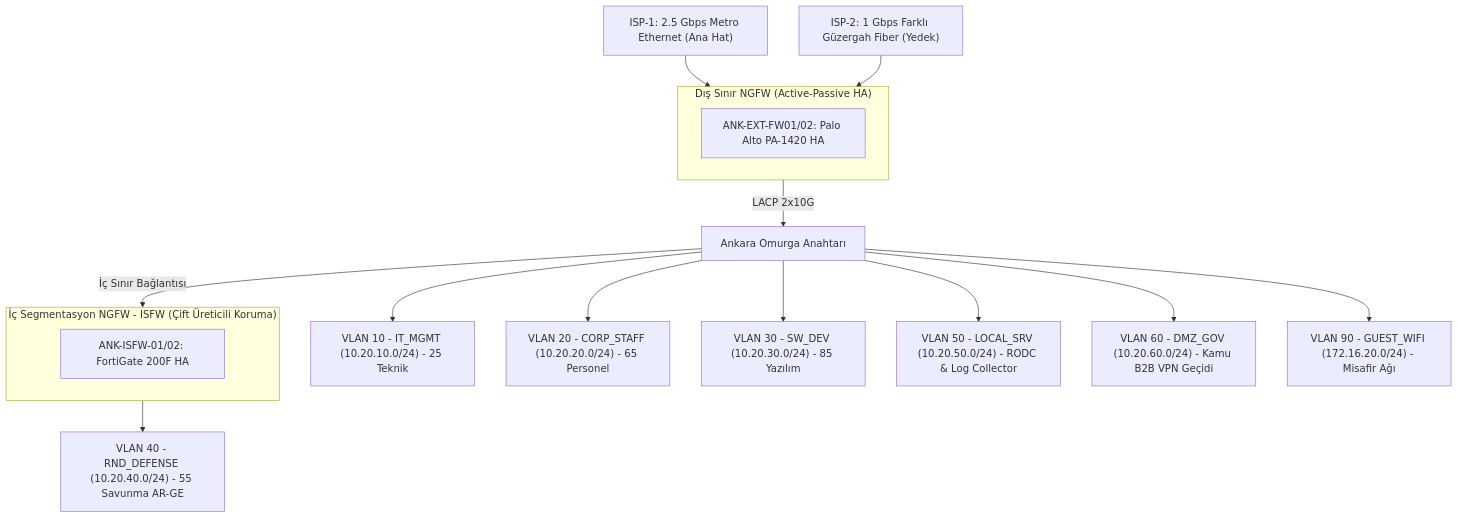
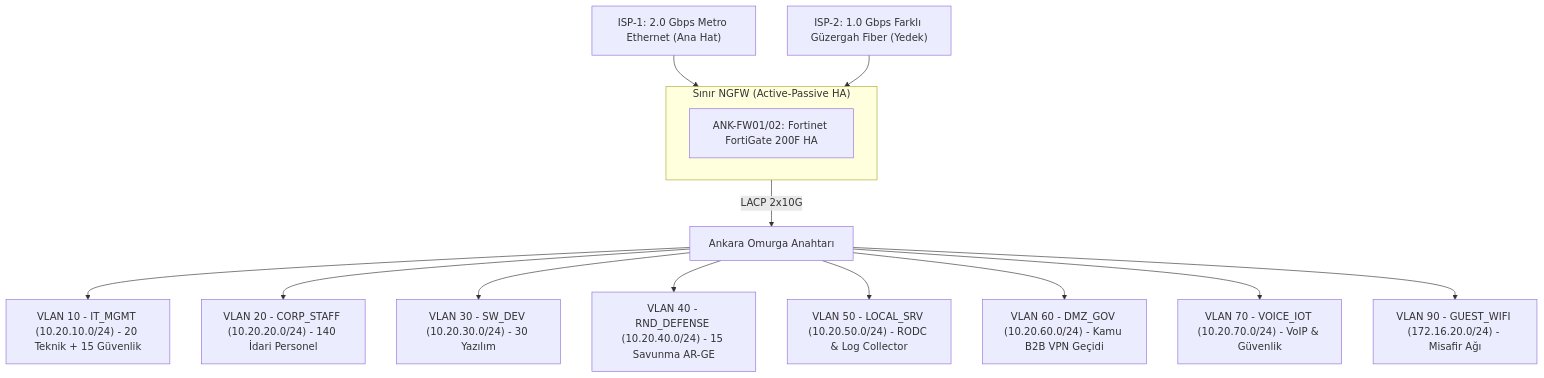
Before and after one commit to kkaanozturk/firewall-dev: the diagram in 01-ankara-ofisi/README.md, drawn with Mermaid. The commit also changed other lines of this file and 4 other files, not shown here.

````diff
--- a/01-ankara-ofisi/README.md
+++ b/01-ankara-ofisi/README.md
@@ -30,26 +29,20 @@
 ```mermaid
 flowchart TB
-    ISP1["ISP-1: 2.5 Gbps Metro Ethernet (Ana Hat)"] --> EXT_FW
-    ISP2["ISP-2: 1 Gbps Farklı Güzergah Fiber (Yedek)"] --> EXT_FW
+    ISP1["ISP-1: 2.0 Gbps Metro Ethernet (Ana Hat)"] --> EXT_FW
+    ISP2["ISP-2: 1.0 Gbps Farklı Güzergah Fiber (Yedek)"] --> EXT_FW
 
-    subgraph EXT_FW["Dış Sınır NGFW (Active-Passive HA)"]
-        PA_ANK["ANK-EXT-FW01/02: Palo Alto PA-1420 HA"]
+    subgraph EXT_FW["Sınır NGFW (Active-Passive HA)"]
+        FG_ANK["ANK-FW01/02: Fortinet FortiGate 200F HA"]
     end
 
     EXT_FW -->|"LACP 2x10G"| CORE_ANK["Ankara Omurga Anahtarı"]
 
-    CORE_ANK --> V10["VLAN 10 - IT_MGMT (10.20.10.0/24) - 25 Teknik"]
-    CORE_ANK --> V20["VLAN 20 - CORP_STAFF (10.20.20.0/24) - 65 Personel"]
-    CORE_ANK --> V30["VLAN 30 - SW_DEV (10.20.30.0/24) - 85 Yazılım"]
+    CORE_ANK --> V10["VLAN 10 - IT_MGMT (10.20.10.0/24) - 20 Teknik + 15 Güvenlik"]
+    CORE_ANK --> V20["VLAN 20 - CORP_STAFF (10.20.20.0/24) - 140 İdari Personel"]
+    CORE_ANK --> V30["VLAN 30 - SW_DEV (10.20.30.0/24) - 30 Yazılım"]
+    CORE_ANK --> V40["VLAN 40 - RND_DEFENSE (10.20.40.0/24) - 15 Savunma AR-GE"]
     CORE_ANK --> V50["VLAN 50 - LOCAL_SRV (10.20.50.0/24) - RODC & Log Collector"]
     CORE_ANK --> V60["VLAN 60 - DMZ_GOV (10.20.60.0/24) - Kamu B2B VPN Geçidi"]
+    CORE_ANK --> V70["VLAN 70 - VOICE_IOT (10.20.70.0/24) - VoIP & Güvenlik"]
     CORE_ANK --> V90["VLAN 90 - GUEST_WIFI (172.16.20.0/24) - Misafir Ağı"]
-
-    CORE_ANK -->|"İç Sınır Bağlantısı"| ISFW
-
-    subgraph ISFW["İç Segmentasyon NGFW - ISFW (Çift Üreticili Koruma)"]
-        FG_ANK["ANK-ISFW-01/02: FortiGate 200F HA"]
-    end
-
-    ISFW --> V40["VLAN 40 - RND_DEFENSE (10.20.40.0/24) - 55 Savunma AR-GE"]
 ```
````
